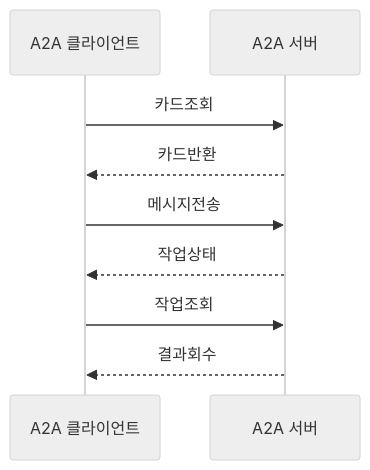
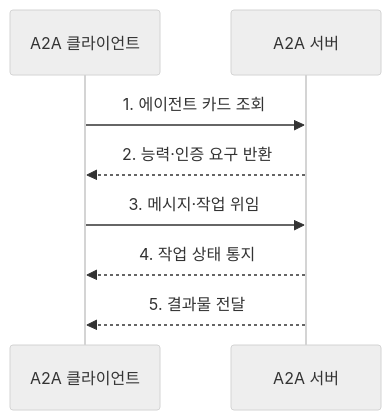
The second of 2 diagrams in src/content/docs/notes/08-latest-tech/012_agent_to_agent_protocol.md (agnusdei1207/knowledge-base), drawn with Mermaid (neutral theme) before and after one commit. The commit also changed other lines of this file and 16 other files, not shown here.

Commit message:
Add SVM chart comparisons and continue latest technology rewrite

````diff
--- a/src/content/docs/notes/08-latest-tech/012_agent_to_agent_protocol.md
+++ b/src/content/docs/notes/08-latest-tech/012_agent_to_agent_protocol.md
@@ -87,11 +77,10 @@
 ```mermaid
 sequenceDiagram
     participant C as A2A 클라이언트
     participant S as A2A 서버
-    C->>S: 카드조회
-    S-->>C: 카드반환
-    C->>S: 메시지전송
-    S-->>C: 작업상태
-    C->>S: 작업조회
-    S-->>C: 결과회수
+    C->>S: 1. 에이전트 카드 조회
+    S-->>C: 2. 능력·인증 요구 반환
+    C->>S: 3. 메시지·작업 위임
+    S-->>C: 4. 작업 상태 통지
+    S-->>C: 5. 결과물 전달
 ```
````
